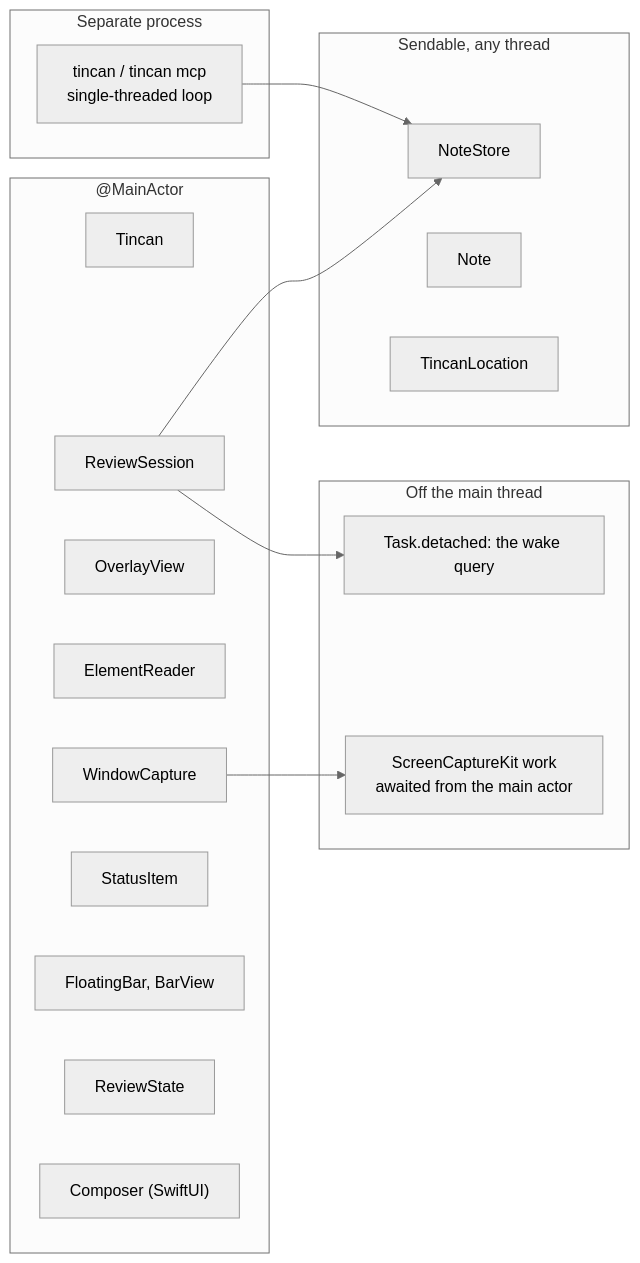
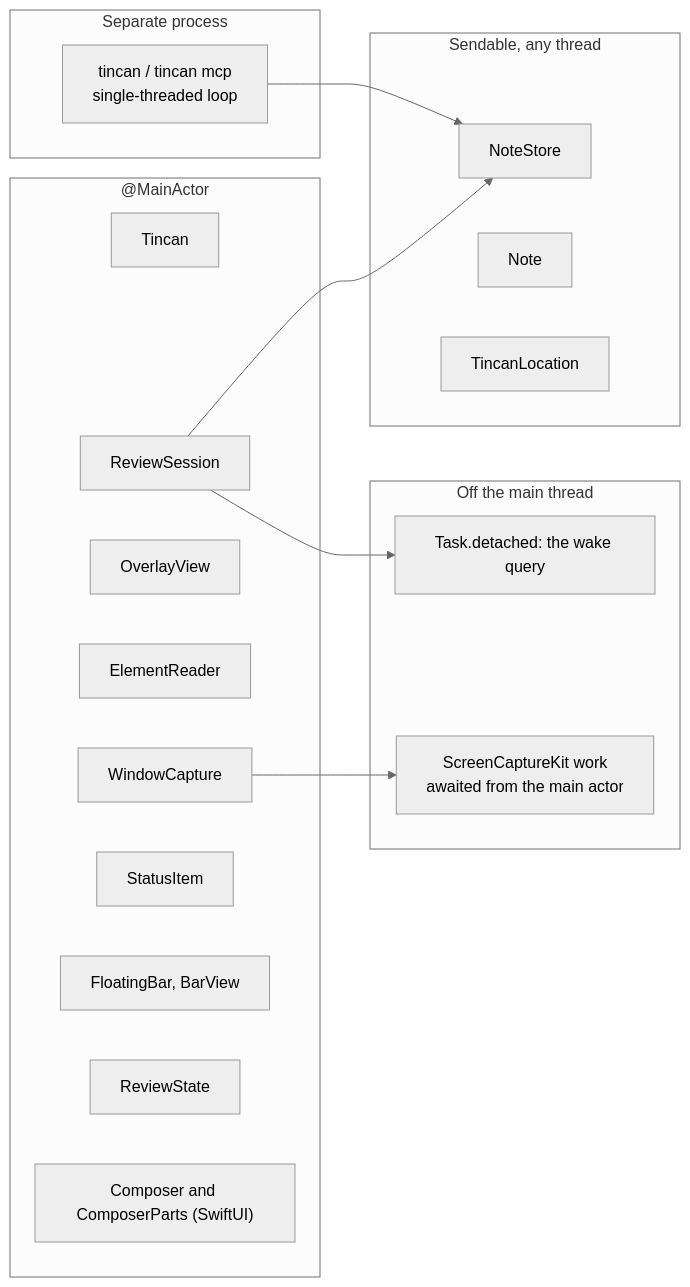
One commit to ordinarynerds/tincan changed diagram 25 of 25 in docs/ARCHITECTURE.md. Above: the diagram before and after it, drawn with Mermaid (neutral theme). The commit also changed other lines of this file and 39 other files, not shown here.

````diff
--- a/docs/ARCHITECTURE.md
+++ b/docs/ARCHITECTURE.md
@@ -658,30 +878,30 @@
 ```mermaid
 flowchart LR
     subgraph main["@MainActor"]
         tincan["Tincan"]
         session["ReviewSession"]
         overlay["OverlayView"]
         reader["ElementReader"]
         capture["WindowCapture"]
         status["StatusItem"]
         bar["FloatingBar, BarView"]
         state["ReviewState"]
-        composer["Composer (SwiftUI)"]
+        composer["Composer and ComposerParts (SwiftUI)"]
     end
     subgraph bg["Off the main thread"]
         wake["Task.detached: the wake query"]
         sck["ScreenCaptureKit work<br/>awaited from the main actor"]
     end
     subgraph any["Sendable, any thread"]
         store["NoteStore"]
         note["Note"]
         location["TincanLocation"]
     end
     subgraph proc["Separate process"]
         cli["tincan / tincan mcp<br/>single-threaded loop"]
     end
     session --> wake
     capture --> sck
     session --> store
     cli --> store
 ```
````
